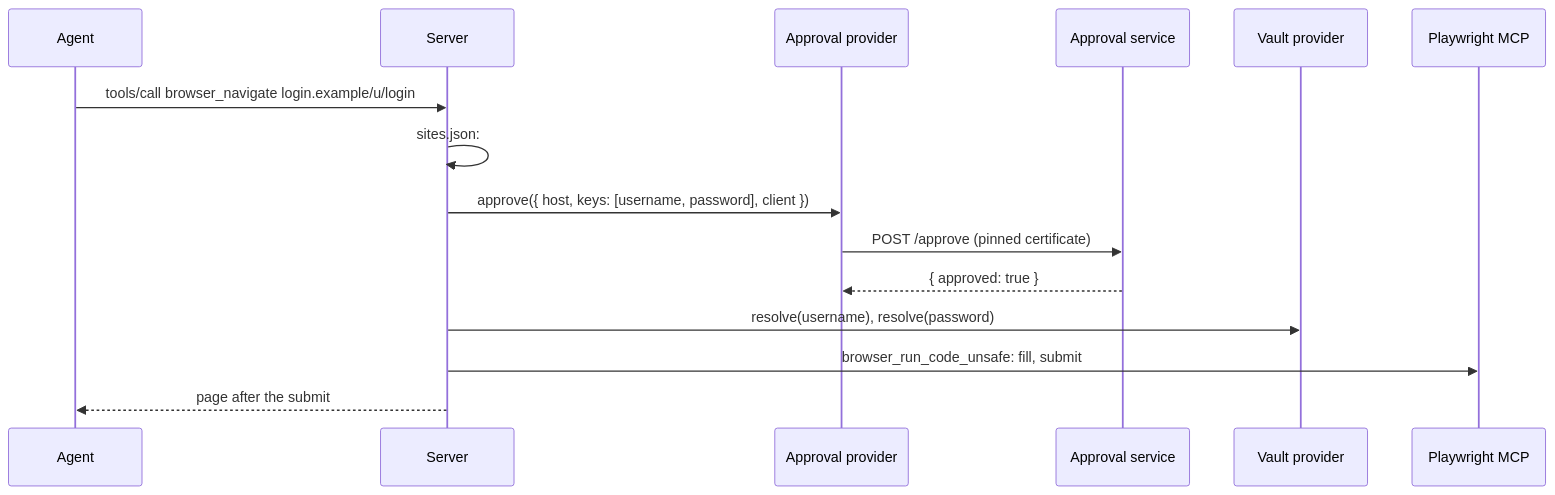
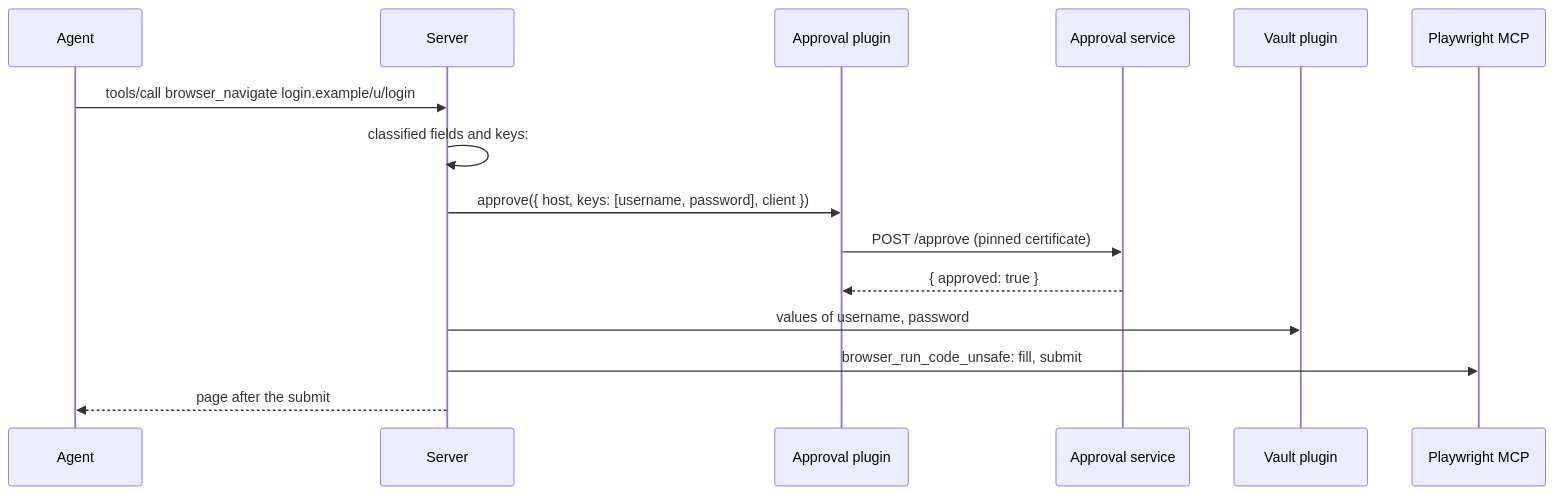
The eighth of 8 diagrams in tools/browser-automation-x-mcp/sdd/DESIGN.md (npstash/shared), drawn with Mermaid before and after one commit. The commit also changed other lines of this file and 6 other files, not shown here.

Commit message:
browser-automation-x-mcp: plugin architecture in the SDD; typed-code rule; test phases

````diff
--- a/tools/browser-automation-x-mcp/sdd/DESIGN.md
+++ b/tools/browser-automation-x-mcp/sdd/DESIGN.md
@@ -345,11 +346,11 @@
 ```mermaid
 sequenceDiagram
     Agent->>Server: tools/call browser_navigate login.example/u/login
-    Server->>Server: sites.json: #user = username, #pass = password
-    Server->>Approval provider: approve({ host, keys: [username, password], client })
-    Approval provider->>Approval service: POST /approve (pinned certificate)
-    Approval service-->>Approval provider: { approved: true }
-    Server->>Vault provider: resolve(username), resolve(password)
+    Server->>Server: classified fields and keys: #user = username, #pass = password
+    Server->>Approval plugin: approve({ host, keys: [username, password], client })
+    Approval plugin->>Approval service: POST /approve (pinned certificate)
+    Approval service-->>Approval plugin: { approved: true }
+    Server->>Vault plugin: values of username, password
     Server->>Playwright MCP: browser_run_code_unsafe: fill, submit
     Server-->>Agent: page after the submit
 ```
````
